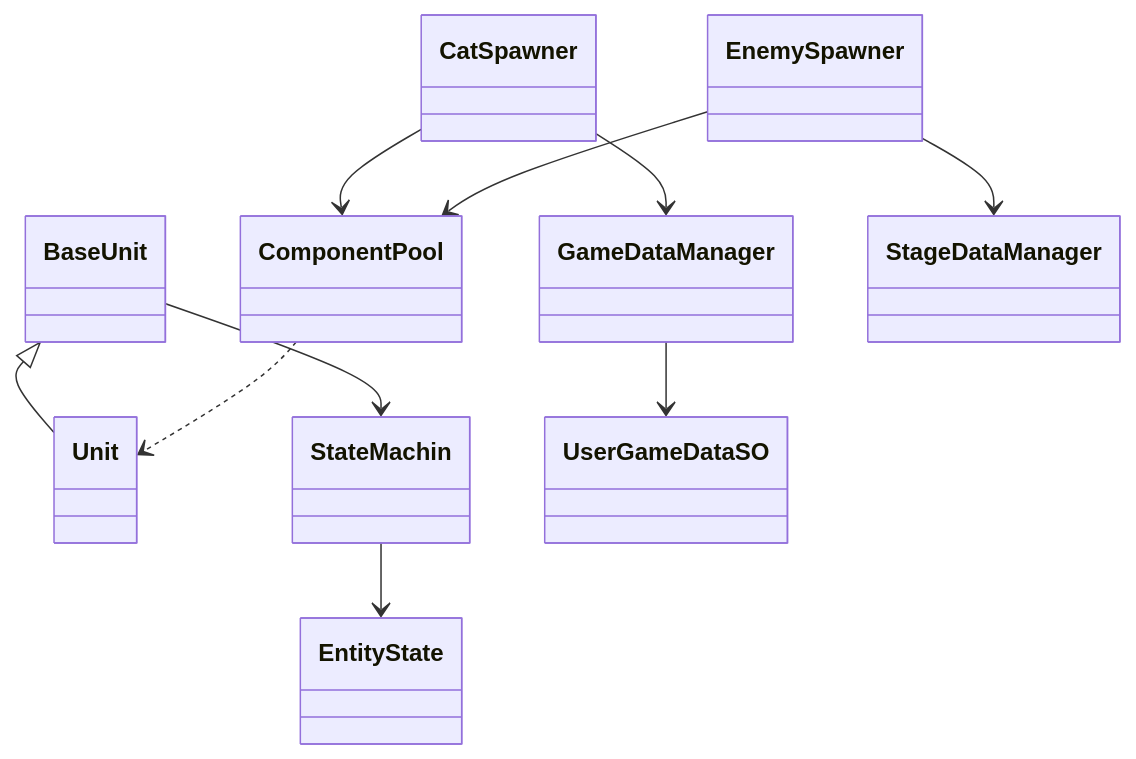
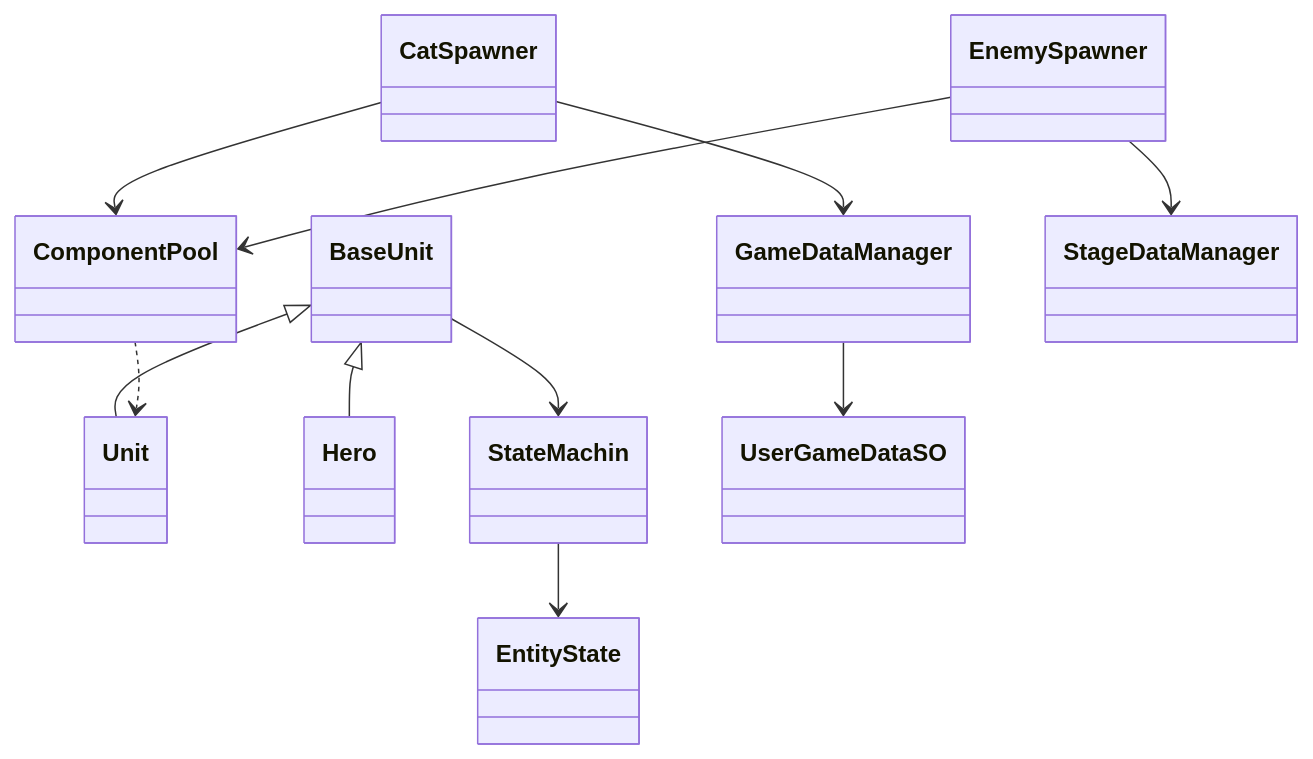
The diagram in src/1-nyanko-defense/기술문서.md (krr6606/krr6606.github.io), drawn with Mermaid before and after one commit. The commit also changed other lines of this file and 5 other files, not shown here.

````diff
--- a/src/1-nyanko-defense/기술문서.md
+++ b/src/1-nyanko-defense/기술문서.md
@@ -58,12 +58,13 @@
 ```mermaid
 classDiagram
   BaseUnit <|-- Unit
+  BaseUnit <|-- Hero
   BaseUnit --> StateMachin
   StateMachin --> EntityState
   CatSpawner --> ComponentPool
   EnemySpawner --> ComponentPool
   CatSpawner --> GameDataManager
   EnemySpawner --> StageDataManager
   GameDataManager --> UserGameDataSO
   ComponentPool ..> Unit
 ```
````
